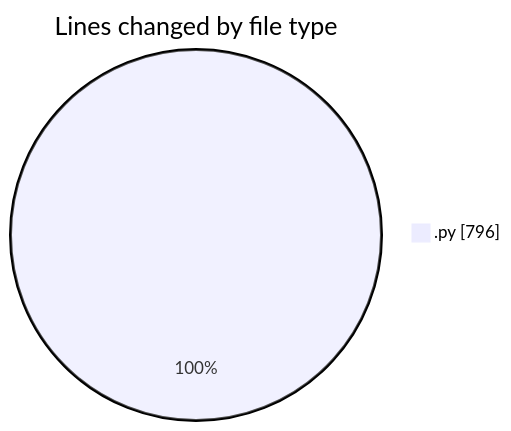
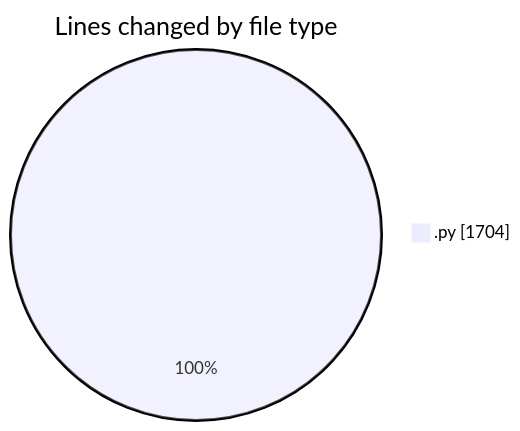
The first of 2 diagrams in 2025-11-24/eventscop-api-guide__workspace_/README.md (julien-gomy/code-tracking), drawn with Mermaid before and after one commit. The commit also changed other lines of this file and 1 other file, not shown here.

````diff
--- a/2025-11-24/eventscop-api-guide__workspace_/README.md
+++ b/2025-11-24/eventscop-api-guide__workspace_/README.md
@@ -23,5 +23,5 @@
 ```mermaid
 pie showData
 title Lines changed by file type
-".py" : 796
+".py" : 1704
 ```
````
